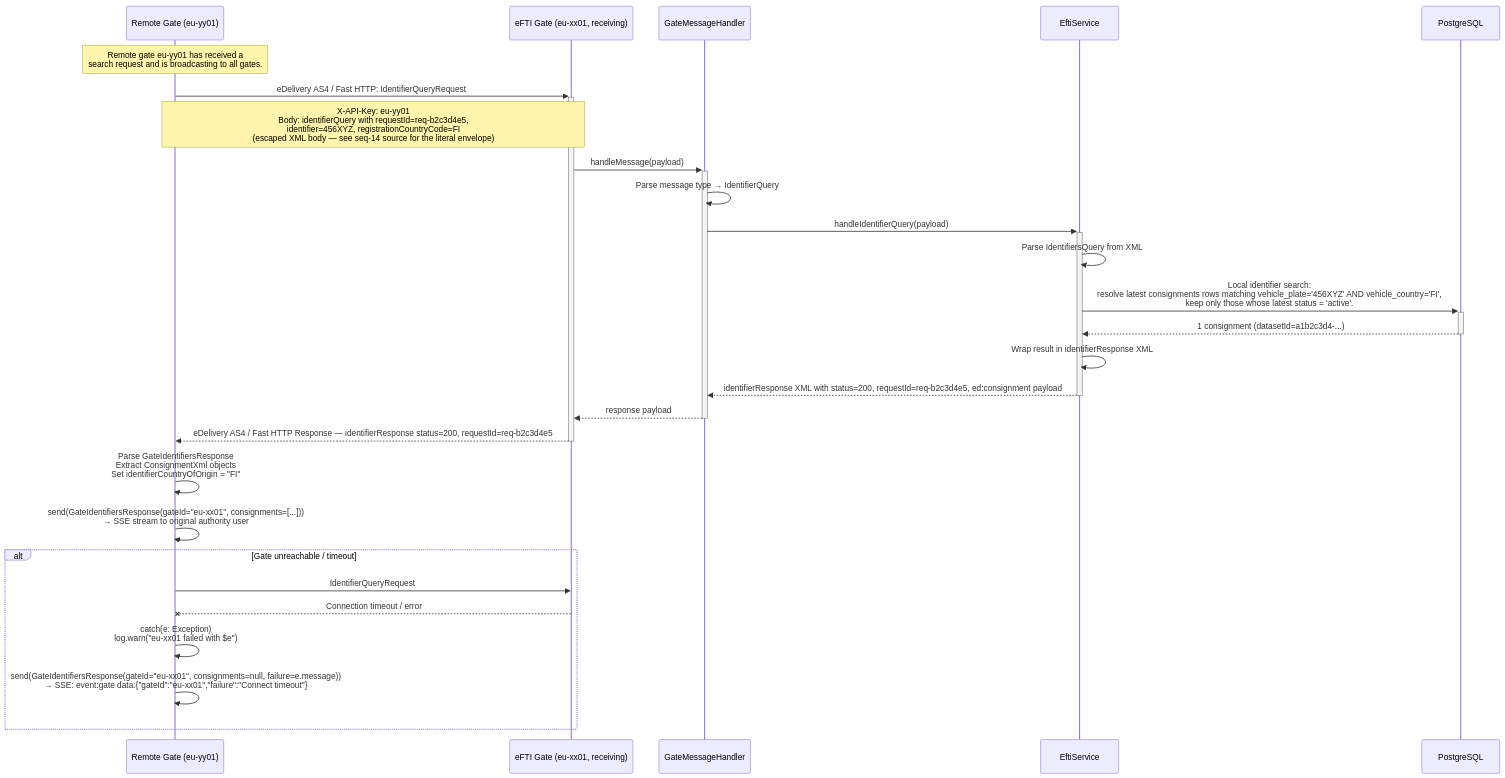
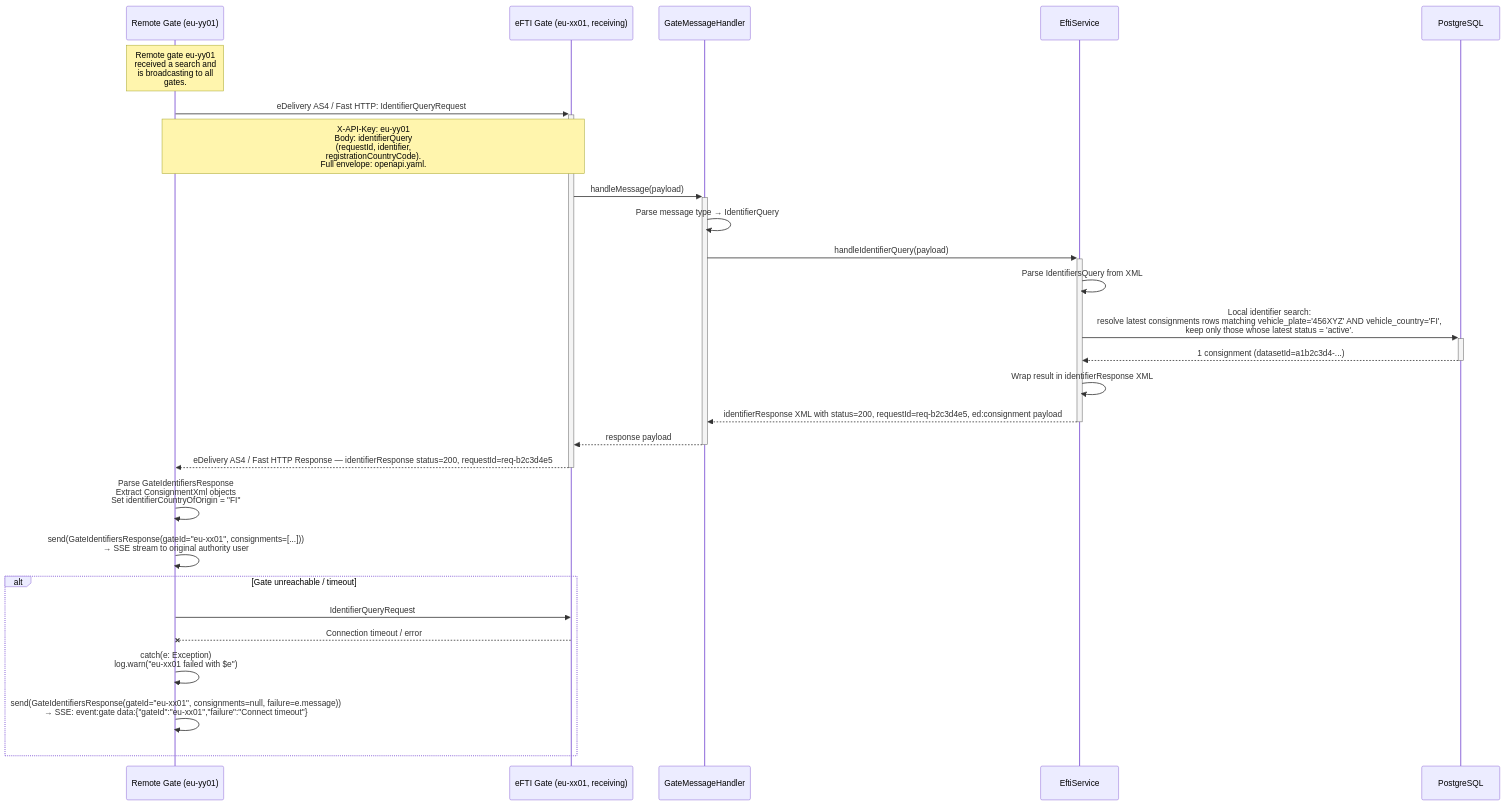
One commit to kemit-ee/efti-gate-ee changed the diagram in docs/specs/diagrams/seq-14-gate-to-gate-search.mmd. Above: the diagram before and after it, drawn with Mermaid. The commit also changed 15 other files, not shown here.

First line of the commit message:
docs(diagrams): tighten notes in 16 sequence diagrams to ≤ 25 chars per line

```diff
--- a/docs/specs/diagrams/seq-14-gate-to-gate-search.mmd
+++ b/docs/specs/diagrams/seq-14-gate-to-gate-search.mmd
@@ -1,37 +1,37 @@
 sequenceDiagram
     participant GateEE as Remote Gate (eu-yy01)
     participant GateFI as eFTI Gate (eu-xx01, receiving)
     participant Handler as GateMessageHandler
     participant EftiSvc as EftiService
     participant DB as PostgreSQL
 
-    Note over GateEE: Remote gate eu-yy01 has received a<br/>search request and is broadcasting to all gates.
+    Note over GateEE: Remote gate eu-yy01<br/>received a search and<br/>is broadcasting to all<br/>gates.
 
     GateEE->>+GateFI: eDelivery AS4 / Fast HTTP: IdentifierQueryRequest
-    Note over GateEE,GateFI: X-API-Key: eu-yy01<br/>Body: identifierQuery with requestId=req-b2c3d4e5,<br/>identifier=456XYZ, registrationCountryCode=FI<br/>(escaped XML body — see seq-14 source for the literal envelope)
+    Note over GateEE,GateFI: X-API-Key: eu-yy01<br/>Body: identifierQuery<br/>(requestId, identifier,<br/>registrationCountryCode).<br/>Full envelope: openapi.yaml.
 
     GateFI->>+Handler: handleMessage(payload)
     Handler->>Handler: Parse message type → IdentifierQuery
 
     Handler->>+EftiSvc: handleIdentifierQuery(payload)
     EftiSvc->>EftiSvc: Parse IdentifiersQuery from XML
     EftiSvc->>+DB: Local identifier search:<br/>resolve latest consignments rows matching vehicle_plate='456XYZ' AND vehicle_country='FI',<br/>keep only those whose latest status = 'active'.
     DB-->>-EftiSvc: 1 consignment (datasetId=a1b2c3d4-...)
 
     EftiSvc->>EftiSvc: Wrap result in identifierResponse XML
     EftiSvc-->>-Handler: identifierResponse XML with status=200, requestId=req-b2c3d4e5, ed:consignment payload
 
     Handler-->>-GateFI: response payload
 
     GateFI-->>-GateEE: eDelivery AS4 / Fast HTTP Response — identifierResponse status=200, requestId=req-b2c3d4e5
 
     GateEE->>GateEE: Parse GateIdentifiersResponse<br/>Extract ConsignmentXml objects<br/>Set identifierCountryOfOrigin = "FI"
 
     GateEE->>GateEE: send(GateIdentifiersResponse(gateId="eu-xx01", consignments=[...]))<br/>→ SSE stream to original authority user
 
     alt Gate unreachable / timeout
         GateEE->>GateFI: IdentifierQueryRequest
         GateFI--xGateEE: Connection timeout / error
         GateEE->>GateEE: catch(e: Exception)<br/>log.warn("eu-xx01 failed with $e")
         GateEE->>GateEE: send(GateIdentifiersResponse(gateId="eu-xx01", consignments=null, failure=e.message))<br/>→ SSE: event:gate data:{"gateId":"eu-xx01","failure":"Connect timeout"}
     end
```
